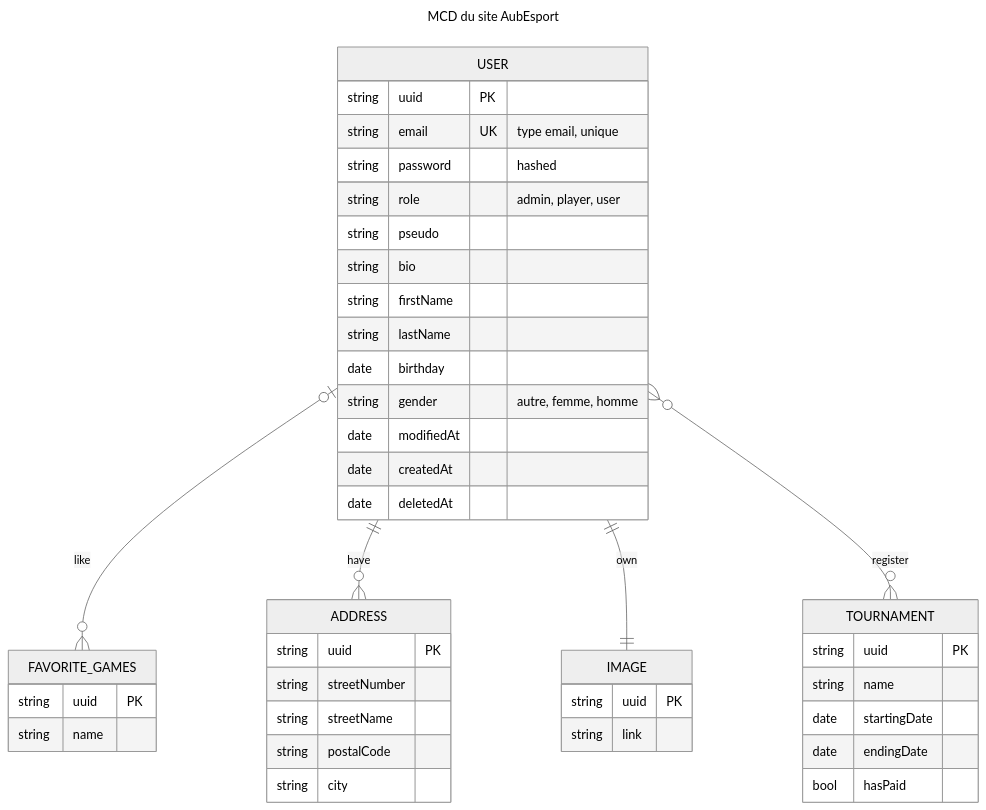
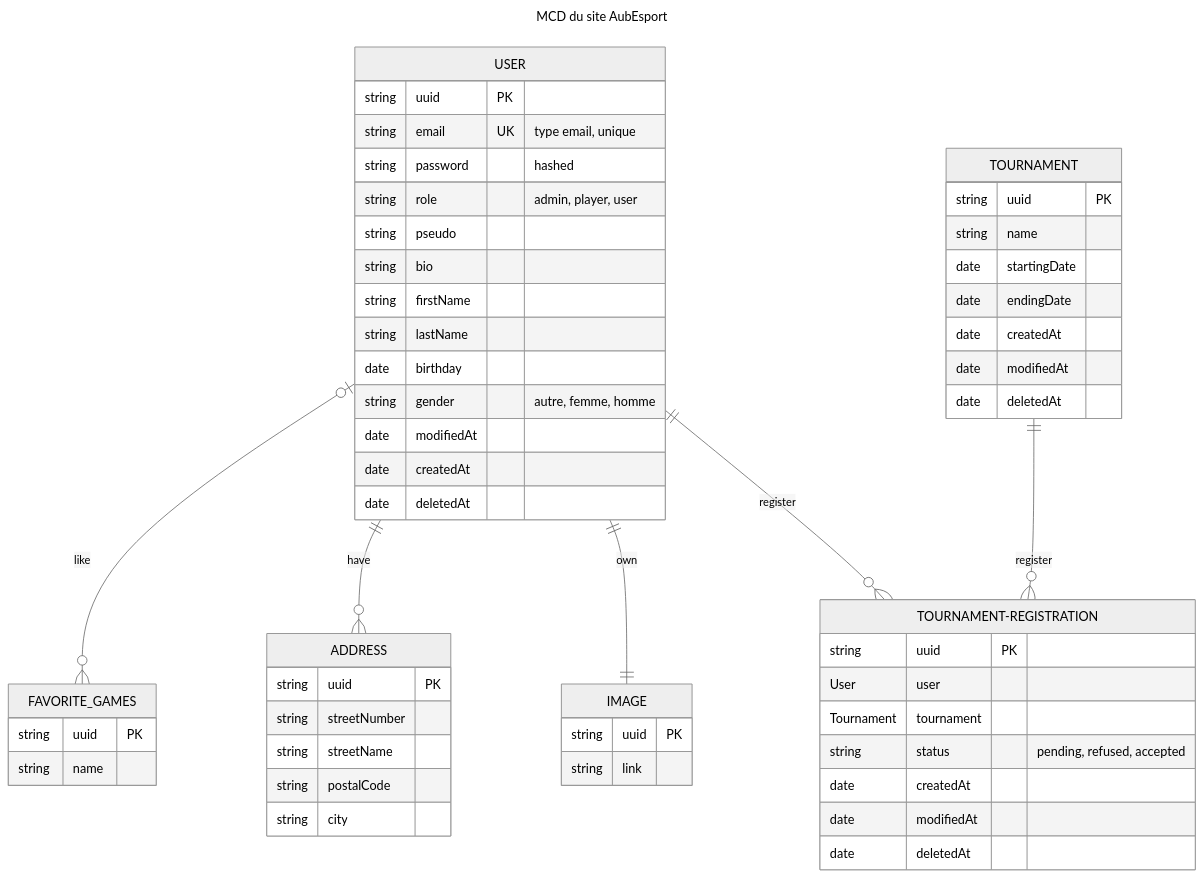
One commit to HueKhuc/Aubesport changed the diagram in MCD.md. Above: the diagram before and after it, drawn with Mermaid (neutral theme). The commit also changed 7 other files, not shown here.

First line of the commit message:
Feat/creation entity tournament registration (#55)

````diff
--- a/MCD.md
+++ b/MCD.md
@@ -1,54 +1,67 @@
 ```mermaid
 ---
 title: MCD du site AubEsport
 ---
 erDiagram
     USER {
         string uuid PK
         string email UK "type email, unique"
         string password "hashed"
         string role "admin, player, user"
         string pseudo
         string bio
         string firstName
         string lastName
         date birthday
         string gender "autre, femme, homme"
         date modifiedAt
         date createdAt
         date deletedAt
     }
 
     USER |o--o{ FAVORITE_GAMES : like
     FAVORITE_GAMES {
         string uuid PK
         string name
     }
 
     USER ||--o{ ADDRESS : have
     
     ADDRESS {
         string uuid PK
         string streetNumber
         string streetName
         string postalCode
         string city
     }
 
     USER ||--|| IMAGE : own
     IMAGE {
         string uuid PK
         string link
     }
 
 
-    USER }o--o{ TOURNAMENT : register
+    TOURNAMENT ||--o{ TOURNAMENT-REGISTRATION : register  
     TOURNAMENT {
         string uuid PK
         string name
         date startingDate
         date endingDate
-        bool hasPaid   
+        date createdAt
+        date modifiedAt 
+        date deletedAt 
+    }
+
+    USER ||--o{ TOURNAMENT-REGISTRATION : register    
+    TOURNAMENT-REGISTRATION {
+        string uuid PK
+        User user
+        Tournament tournament
+        string status "pending, refused, accepted"
+        date createdAt
+        date modifiedAt 
+        date deletedAt    
     }
 
 ```
````
